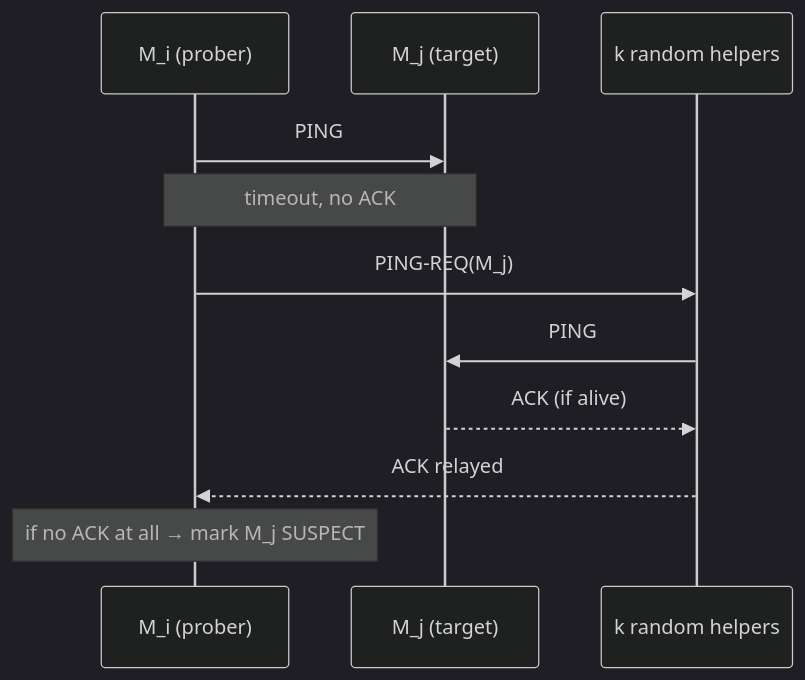
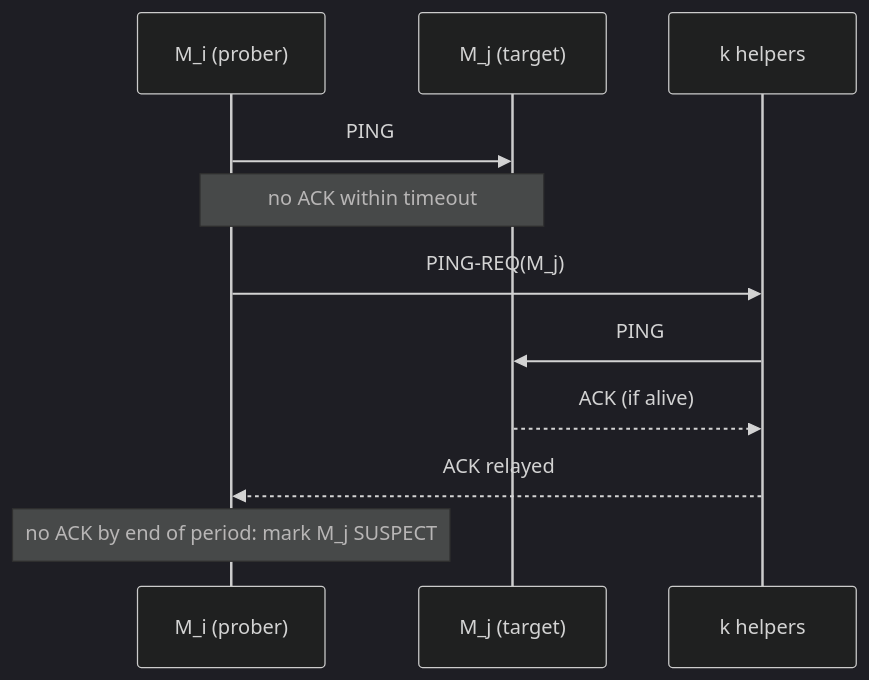
The fifth of 7 diagrams in github-pages/docs/distributed-systems/failure-detection.md (AndrewAltimit/Documentation), drawn with Mermaid (dark theme) before and after one commit. The commit also changed other lines of this file and 240 other files, not shown here.

````diff
--- a/github-pages/docs/distributed-systems/failure-detection.md
+++ b/github-pages/docs/distributed-systems/failure-detection.md
@@ -421,13 +386,13 @@
 ```mermaid
 sequenceDiagram
     participant Mi as M_i (prober)
     participant Mj as M_j (target)
-    participant Mk as k random helpers
+    participant Mk as k helpers
     Mi->>Mj: PING
-    Note over Mi,Mj: timeout, no ACK
+    Note over Mi,Mj: no ACK within timeout
     Mi->>Mk: PING-REQ(M_j)
     Mk->>Mj: PING
     Mj-->>Mk: ACK (if alive)
     Mk-->>Mi: ACK relayed
-    Note over Mi: if no ACK at all → mark M_j SUSPECT
+    Note over Mi: no ACK by end of period: mark M_j SUSPECT
 ```
````
